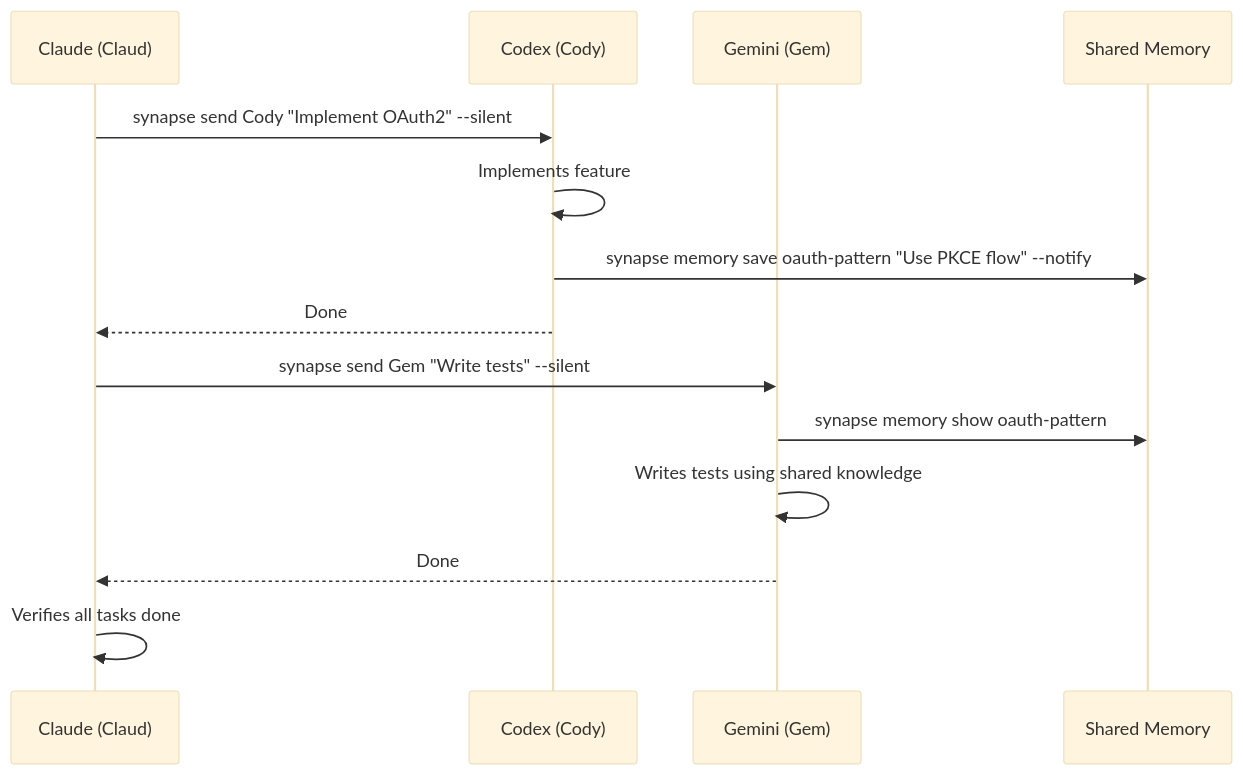
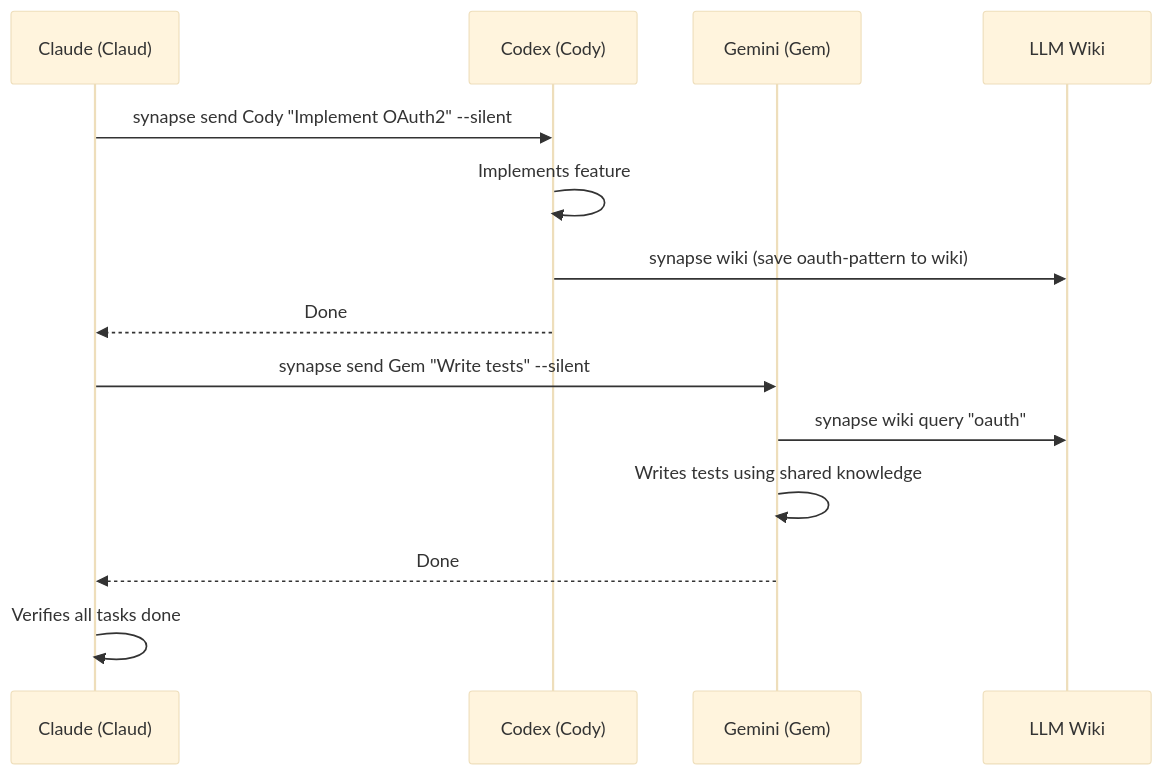
One commit to s-hiraoku/synapse-a2a changed the second of 9 diagrams in site-docs/guide/cross-agent-scenarios.md. Above: the diagram before and after it, drawn with Mermaid (base theme). The commit also changed other lines of this file and 54 other files, not shown here.

````diff
--- a/site-docs/guide/cross-agent-scenarios.md
+++ b/site-docs/guide/cross-agent-scenarios.md
@@ -92,17 +92,17 @@
 ```mermaid
 sequenceDiagram
     participant Manager as Claude (Claud)
     participant Codex as Codex (Cody)
     participant Gemini as Gemini (Gem)
-    participant SM as Shared Memory
+    participant W as LLM Wiki
 
     Manager->>Codex: synapse send Cody "Implement OAuth2" --silent
     Codex->>Codex: Implements feature
-    Codex->>SM: synapse memory save oauth-pattern "Use PKCE flow" --notify
+    Codex->>W: synapse wiki (save oauth-pattern to wiki)
     Codex-->>Manager: Done
     Manager->>Gemini: synapse send Gem "Write tests" --silent
-    Gemini->>SM: synapse memory show oauth-pattern
+    Gemini->>W: synapse wiki query "oauth"
     Gemini->>Gemini: Writes tests using shared knowledge
     Gemini-->>Manager: Done
     Manager->>Manager: Verifies all tasks done
 ```
````
